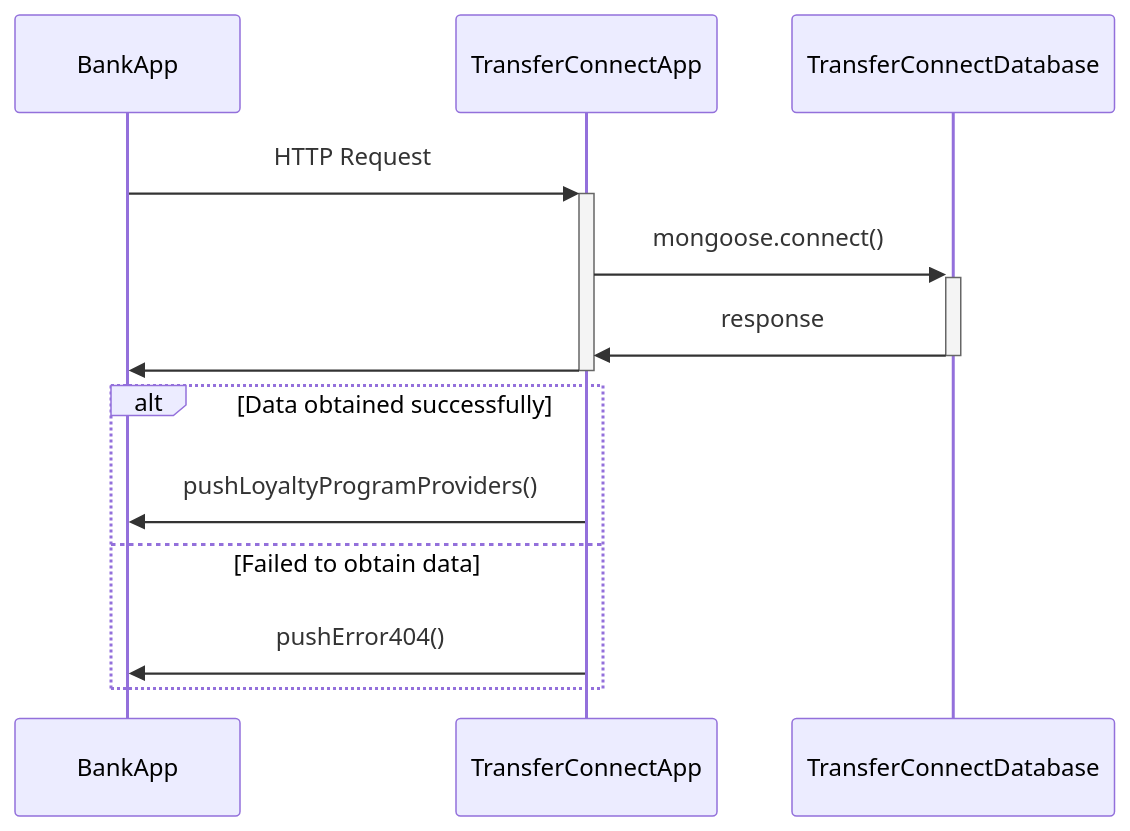
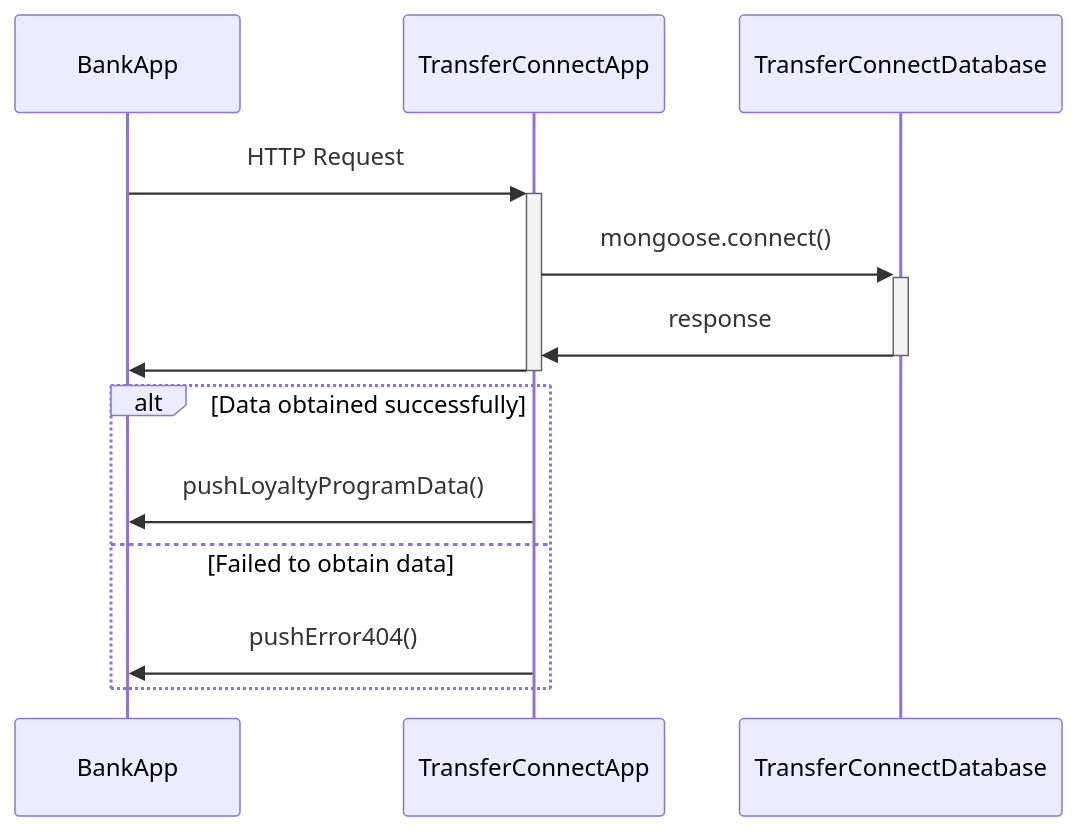
Before and after one commit to Sean2309/50.003_ESC_Project: diagram 11 of 13 in UML Class Diagrams/mvcClass.md, drawn with Mermaid. The commit also changed other lines of this file, not shown here.

````diff
--- a/UML Class Diagrams/mvcClass.md
+++ b/UML Class Diagrams/mvcClass.md
@@ -312,16 +378,17 @@
 ```mermaid
 sequenceDiagram
 
 BankApp->>+TransferConnectApp: HTTP Request 
 
 TransferConnectApp->>+TransferConnectDatabase: mongoose.connect()
 
 TransferConnectDatabase->>-TransferConnectApp: response
 
 TransferConnectApp->>-BankApp: 
 alt Data obtained successfully
-    TransferConnectApp->>BankApp:pushLoyaltyProgramProviders()
+    TransferConnectApp->>BankApp:pushLoyaltyProgramData()
 else Failed to obtain data
   TransferConnectApp->>BankApp:pushError404()
 end
+
 ```
````
